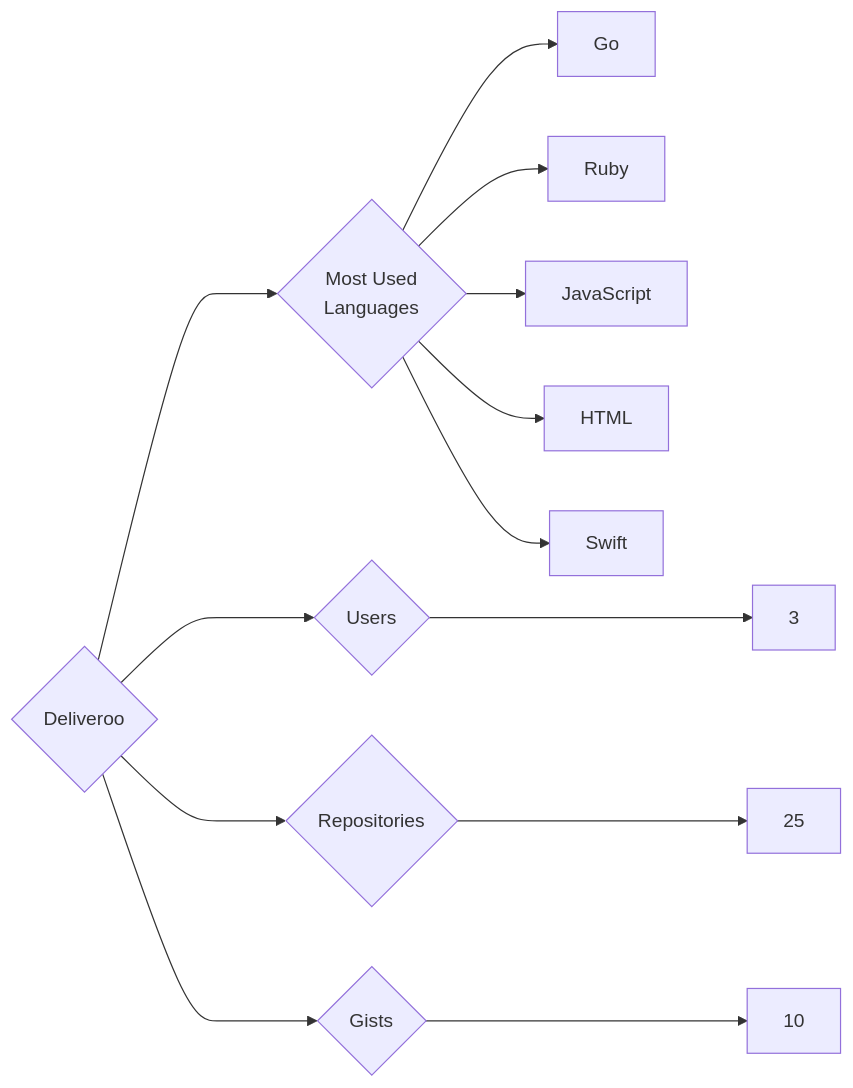
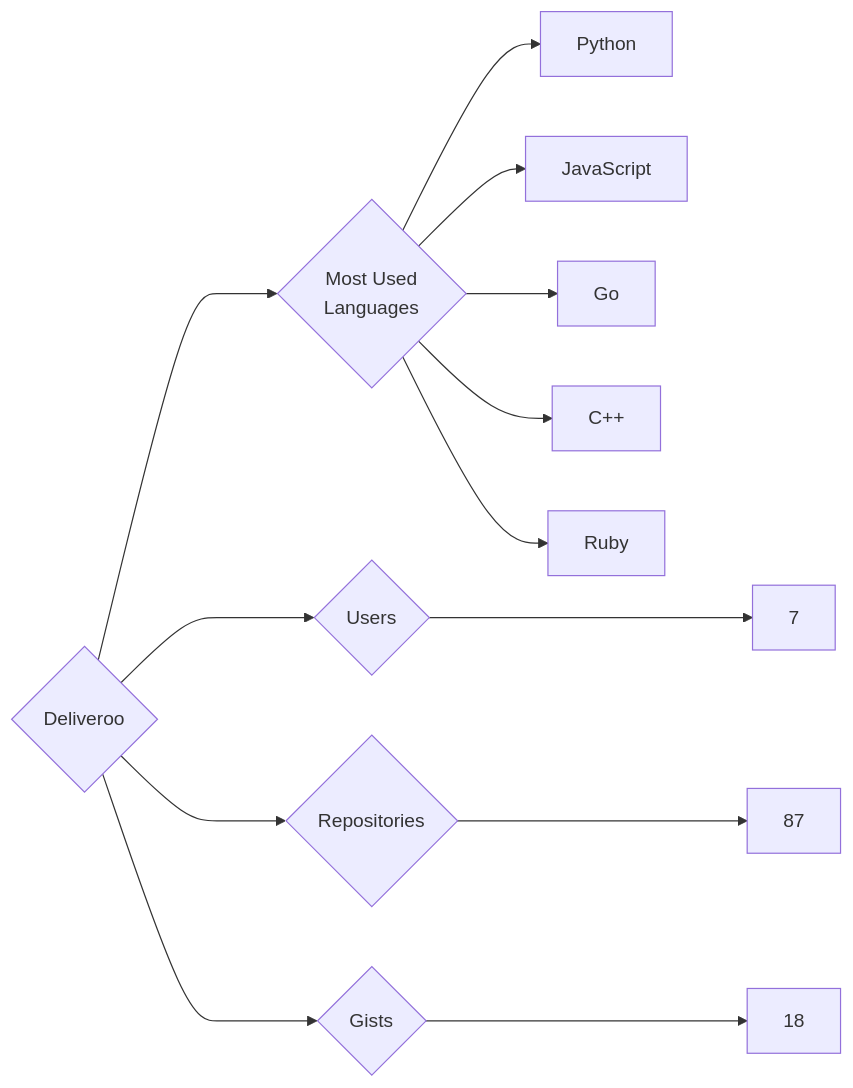
The diagram in targets/Deliveroo/README.md (trickest/insiders), drawn with Mermaid before and after one commit. The commit also changed 1149 other files, not shown here.

````diff
--- a/targets/Deliveroo/README.md
+++ b/targets/Deliveroo/README.md
@@ -3,13 +3,13 @@
 ```mermaid
 graph LR
 COMPANY_NAME{Deliveroo}
-COMPANY_NAME ---> U{Users} ---> UN[3]
-COMPANY_NAME ---> R{Repositories} ---> RN[25]
-COMPANY_NAME ---> G{Gists} ---> GN[10]
+COMPANY_NAME ---> U{Users} ---> UN[7]
+COMPANY_NAME ---> R{Repositories} ---> RN[87]
+COMPANY_NAME ---> G{Gists} ---> GN[18]
 COMPANY_NAME ---> ML{Most Used<br>Languages}
+ML --> Python[Python]
+ML --> JavaScript[JavaScript]
 ML --> Go[Go]
+ML --> C++[C++]
 ML --> Ruby[Ruby]
-ML --> JavaScript[JavaScript]
-ML --> HTML[HTML]
-ML --> Swift[Swift]
 ```
````
